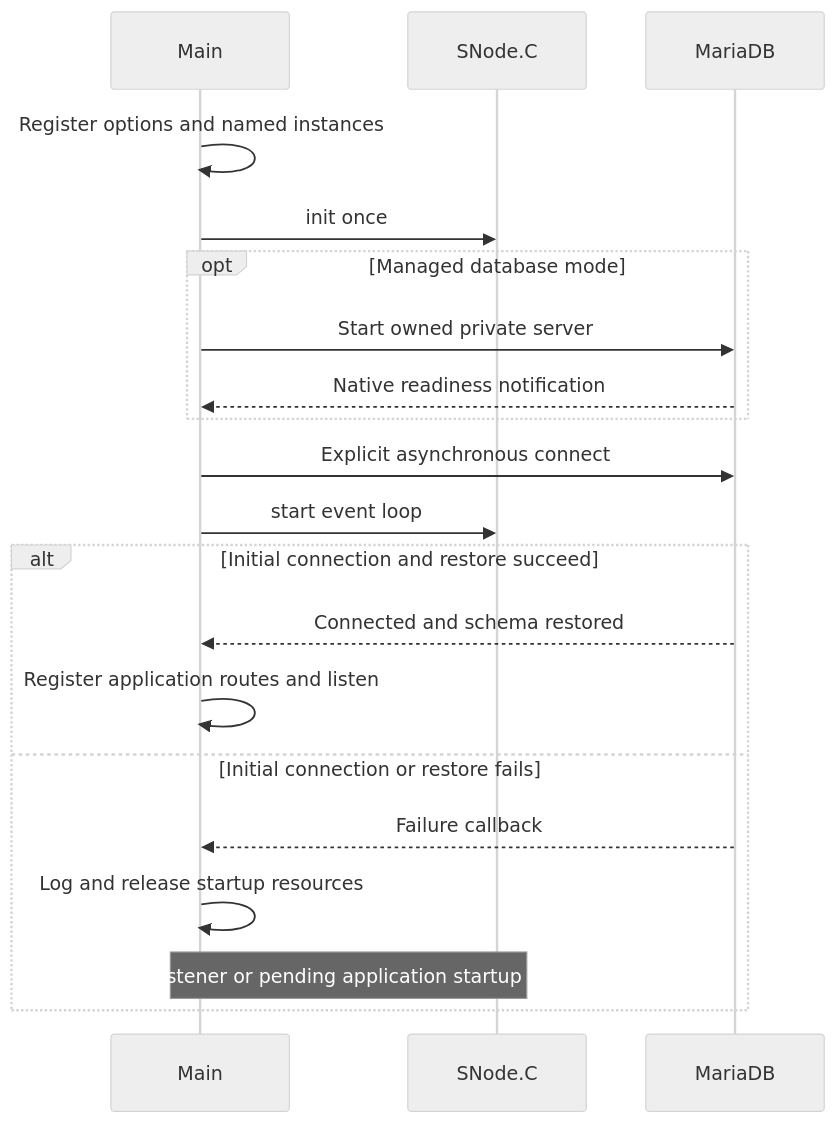
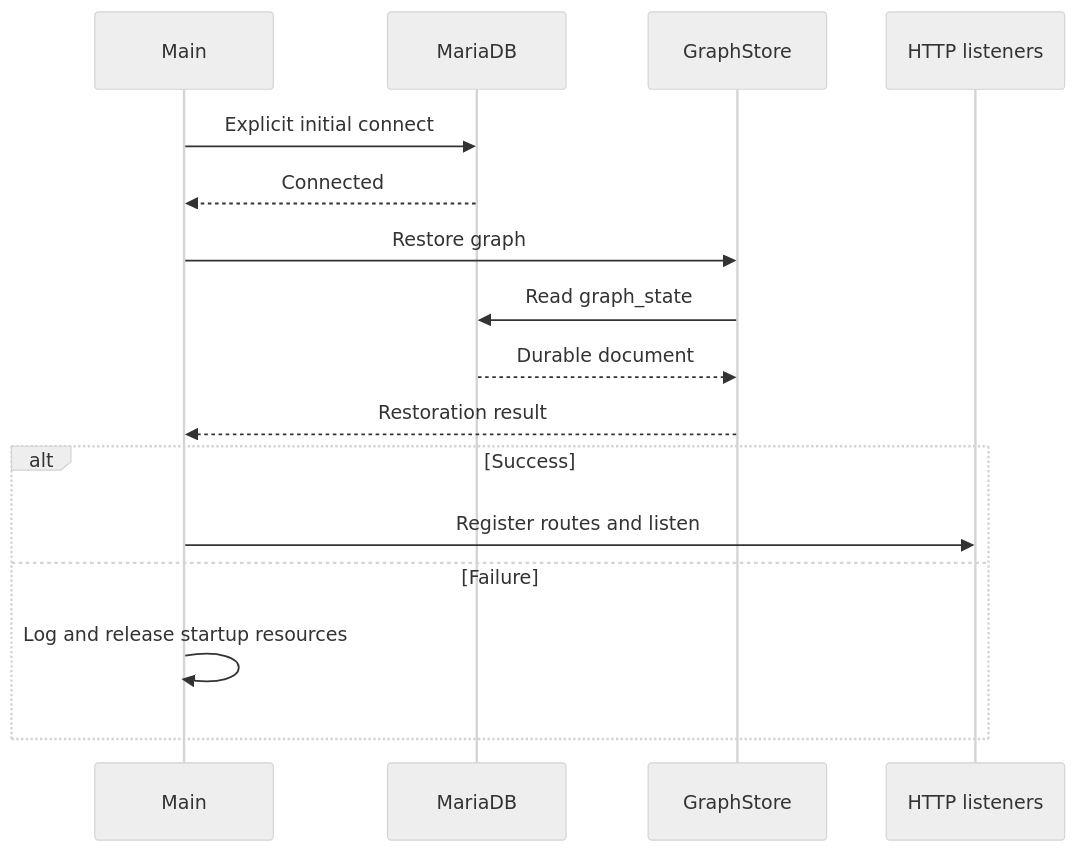
Before and after one commit to SNodeC/core-ci: the first of 2 diagrams in docs/architecture/README.md, drawn with Mermaid (neutral theme). The commit also changed other lines of this file and 56 other files, not shown here.

Commit message:
Rewrite controller as a compact persistent graph traversal

````diff
--- a/docs/architecture/README.md
+++ b/docs/architecture/README.md
@@ -60,22 +42,18 @@
 ```mermaid
 sequenceDiagram
     participant Main
-    participant Framework as SNode.C
     participant DB as MariaDB
-    Main->>Main: Register options and named instances
-    Main->>Framework: init once
-    opt Managed database mode
-        Main->>DB: Start owned private server
-        DB-->>Main: Native readiness notification
-    end
-    Main->>DB: Explicit asynchronous connect
-    Main->>Framework: start event loop
-    alt Initial connection and restore succeed
-        DB-->>Main: Connected and schema restored
-        Main->>Main: Register application routes and listen
-    else Initial connection or restore fails
-        DB-->>Main: Failure callback
+    participant Store as GraphStore
+    participant HTTP as HTTP listeners
+    Main->>DB: Explicit initial connect
+    DB-->>Main: Connected
+    Main->>Store: Restore graph
+    Store->>DB: Read graph_state
+    DB-->>Store: Durable document
+    Store-->>Main: Restoration result
+    alt Success
+        Main->>HTTP: Register routes and listen
+    else Failure
         Main->>Main: Log and release startup resources
-        Note over Main,Framework: No listener or pending application startup work
     end
 ```
````
